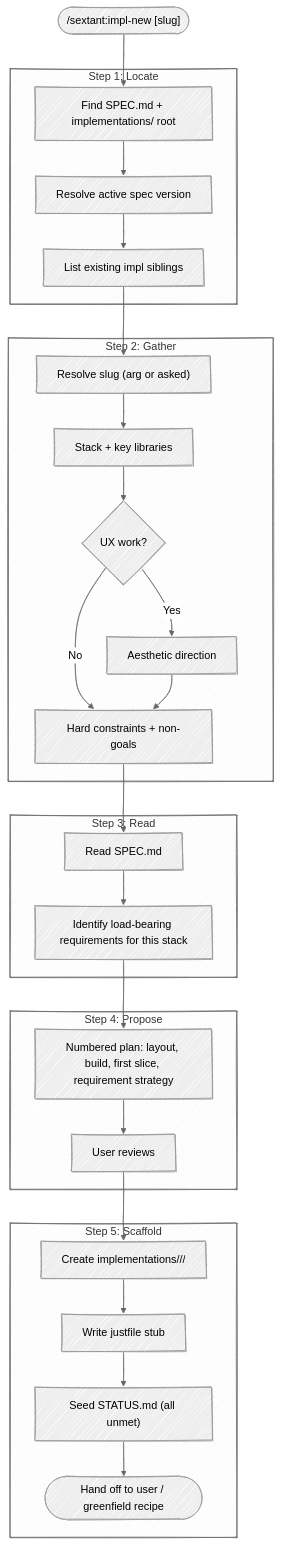
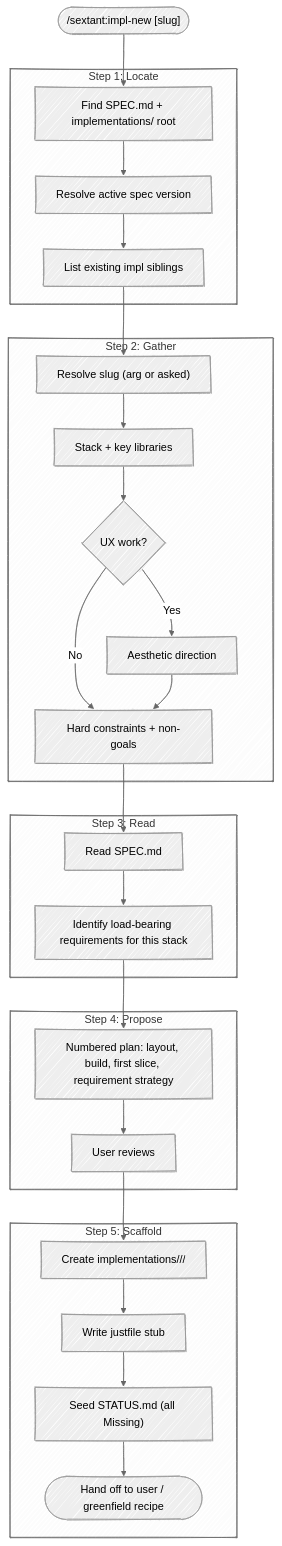
The diagram in skills/impl-new/SKILL.md (chris-peterson/sextant), drawn with Mermaid (neutral theme) before and after one commit. The commit also changed other lines of this file and 14 other files, not shown here.

````diff
--- a/skills/impl-new/SKILL.md
+++ b/skills/impl-new/SKILL.md
@@ -12,36 +12,36 @@
 ```mermaid
 %%{ init: { 'look': 'handDrawn' } }%%
 flowchart TD
     Start(["/sextant:impl-new [slug]"]) --> Locate
 
     subgraph "Step 1: Locate"
         Locate["Find SPEC.md + implementations/ root"] --> Version["Resolve active spec version"]
         Version --> Siblings["List existing impl siblings"]
     end
 
     subgraph "Step 2: Gather"
         Siblings --> Slug["Resolve slug (arg or asked)"]
         Slug --> Stack["Stack + key libraries"]
         Stack --> UXCheck{"UX work?"}
         UXCheck -->|Yes| Aesthetic["Aesthetic direction"]
         UXCheck -->|No| Constraints
         Aesthetic --> Constraints["Hard constraints + non-goals"]
     end
 
     subgraph "Step 3: Read"
         Constraints --> ReadSpec["Read SPEC.md"]
         ReadSpec --> LoadBearing["Identify load-bearing requirements for this stack"]
     end
 
     subgraph "Step 4: Propose"
         LoadBearing --> Plan["Numbered plan: layout, build, first slice, requirement strategy"]
         Plan --> Confirm["User reviews"]
     end
 
     subgraph "Step 5: Scaffold"
         Confirm --> Mkdir["Create implementations/<v>/<slug>/"]
         Mkdir --> Justfile["Write justfile stub"]
-        Justfile --> Status["Seed STATUS.md (all unmet)"]
+        Justfile --> Status["Seed STATUS.md (all Missing)"]
         Status --> Handoff(["Hand off to user / greenfield recipe"])
     end
 ```
````
